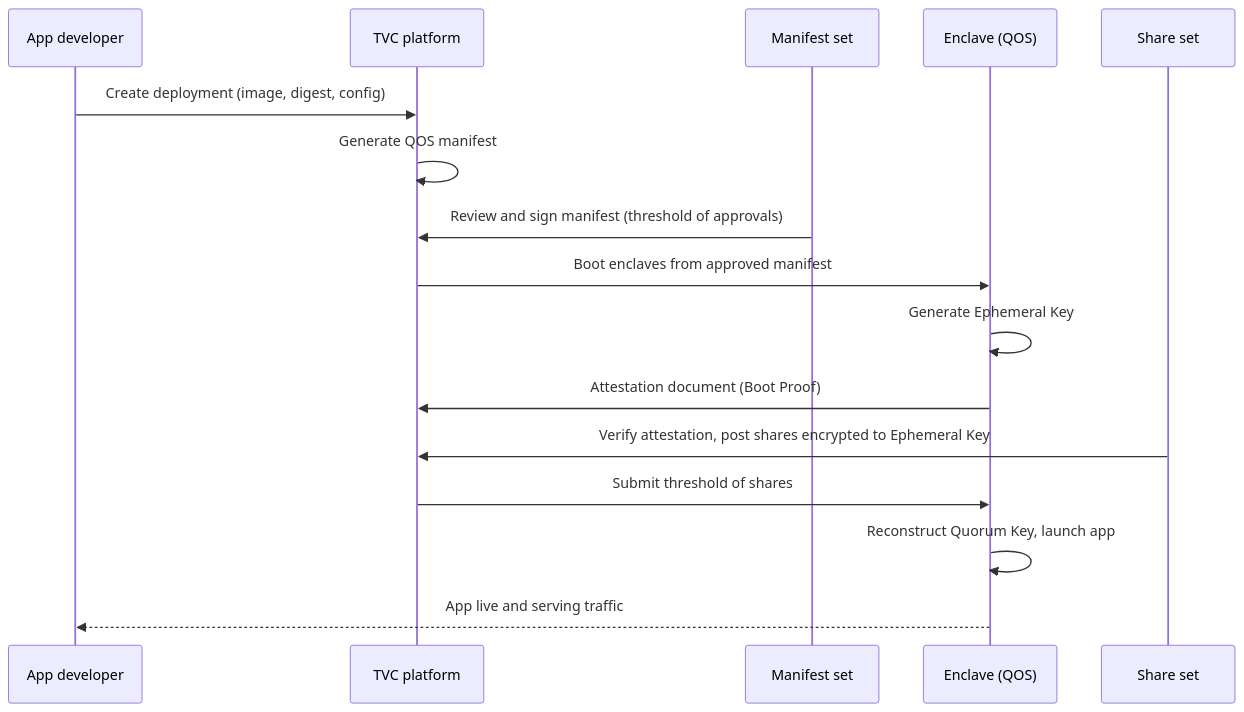
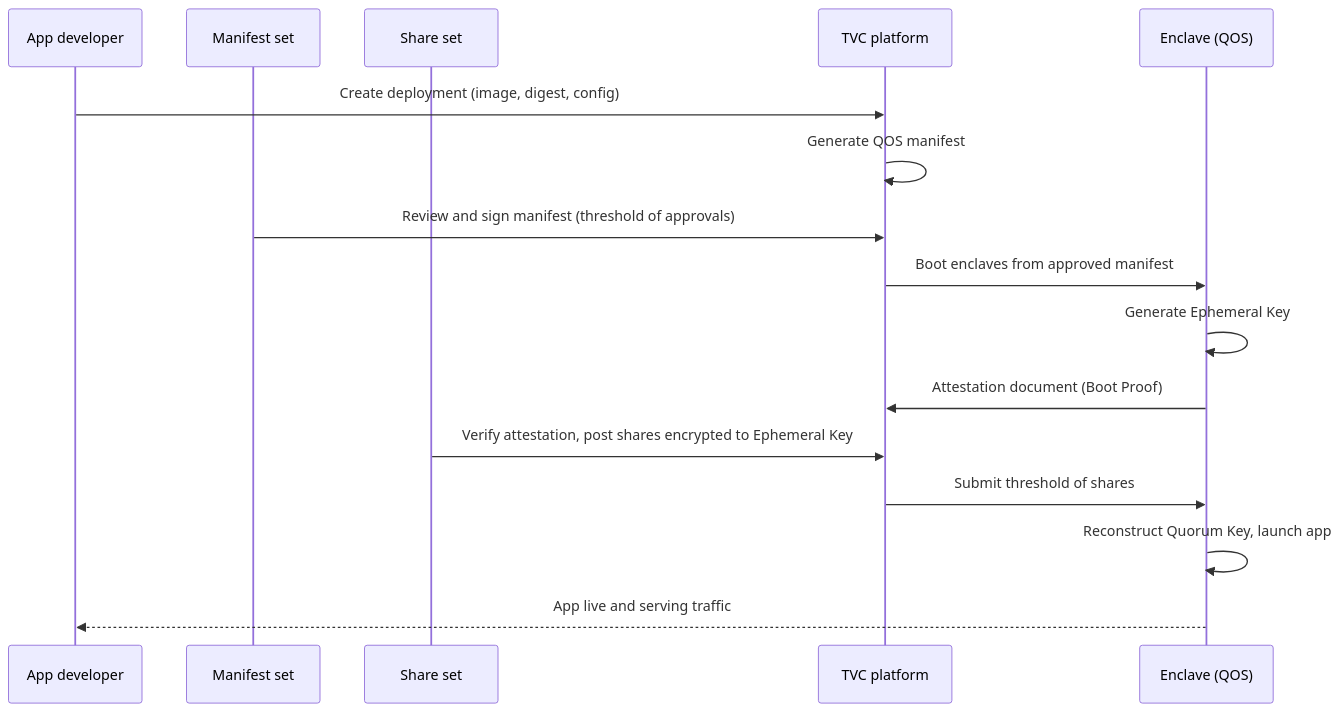
The diagram in features/verifiable-cloud/manifest-sets-and-share-sets.mdx (tkhq/docs), drawn with Mermaid before and after one commit. The commit also changed other lines of this file, not shown here.

Commit message:
docs(tvc): group user and platform actors in sequence diagram

````diff
--- a/features/verifiable-cloud/manifest-sets-and-share-sets.mdx
+++ b/features/verifiable-cloud/manifest-sets-and-share-sets.mdx
@@ -92,19 +92,19 @@
 ```mermaid
 sequenceDiagram
     participant Dev as App developer
+    participant MS as Manifest set
+    participant SS as Share set
     participant TVC as TVC platform
-    participant MS as Manifest set
     participant Enc as Enclave (QOS)
-    participant SS as Share set
 
     Dev->>TVC: Create deployment (image, digest, config)
     TVC->>TVC: Generate QOS manifest
     MS->>TVC: Review and sign manifest (threshold of approvals)
     TVC->>Enc: Boot enclaves from approved manifest
     Enc->>Enc: Generate Ephemeral Key
     Enc->>TVC: Attestation document (Boot Proof)
     SS->>TVC: Verify attestation, post shares encrypted to Ephemeral Key
     TVC->>Enc: Submit threshold of shares
     Enc->>Enc: Reconstruct Quorum Key, launch app
     Enc-->>Dev: App live and serving traffic
 ```
````
